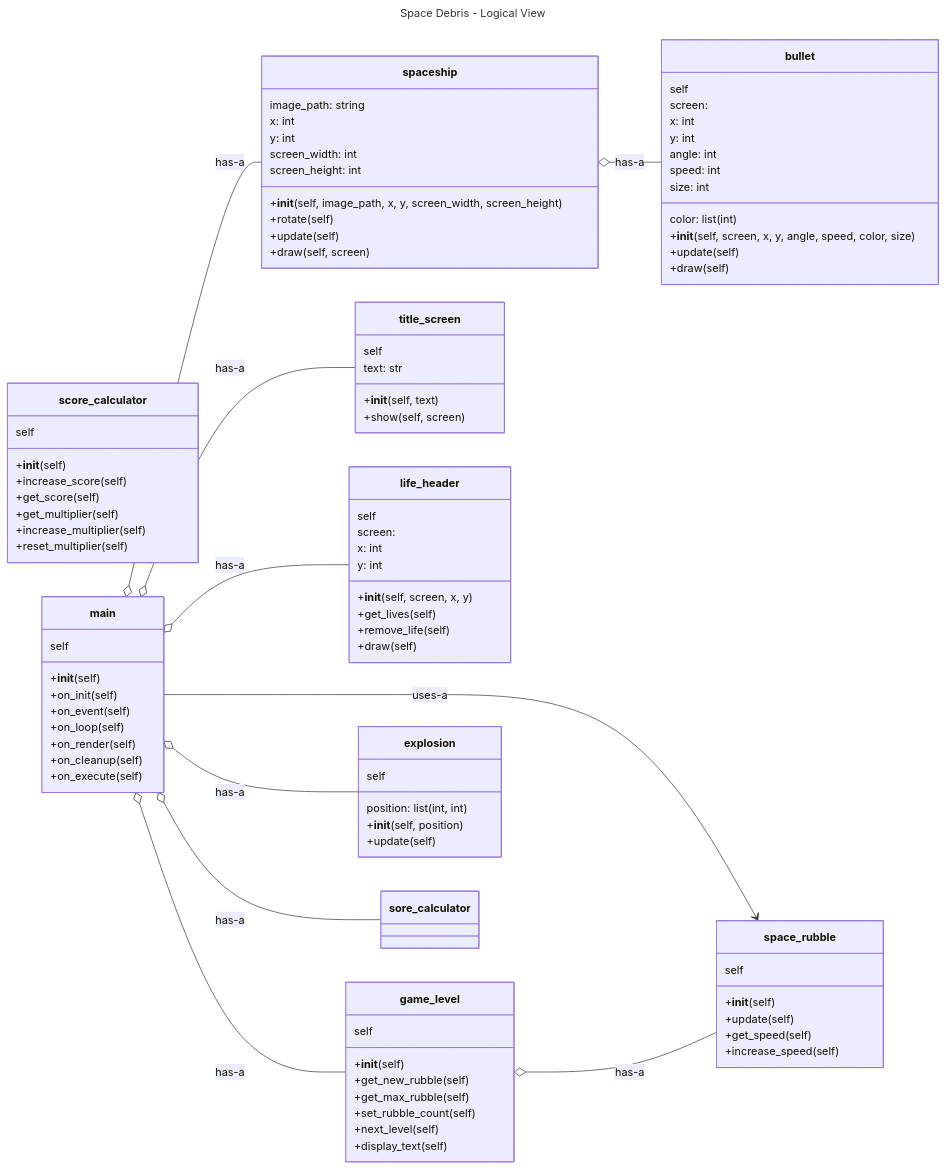
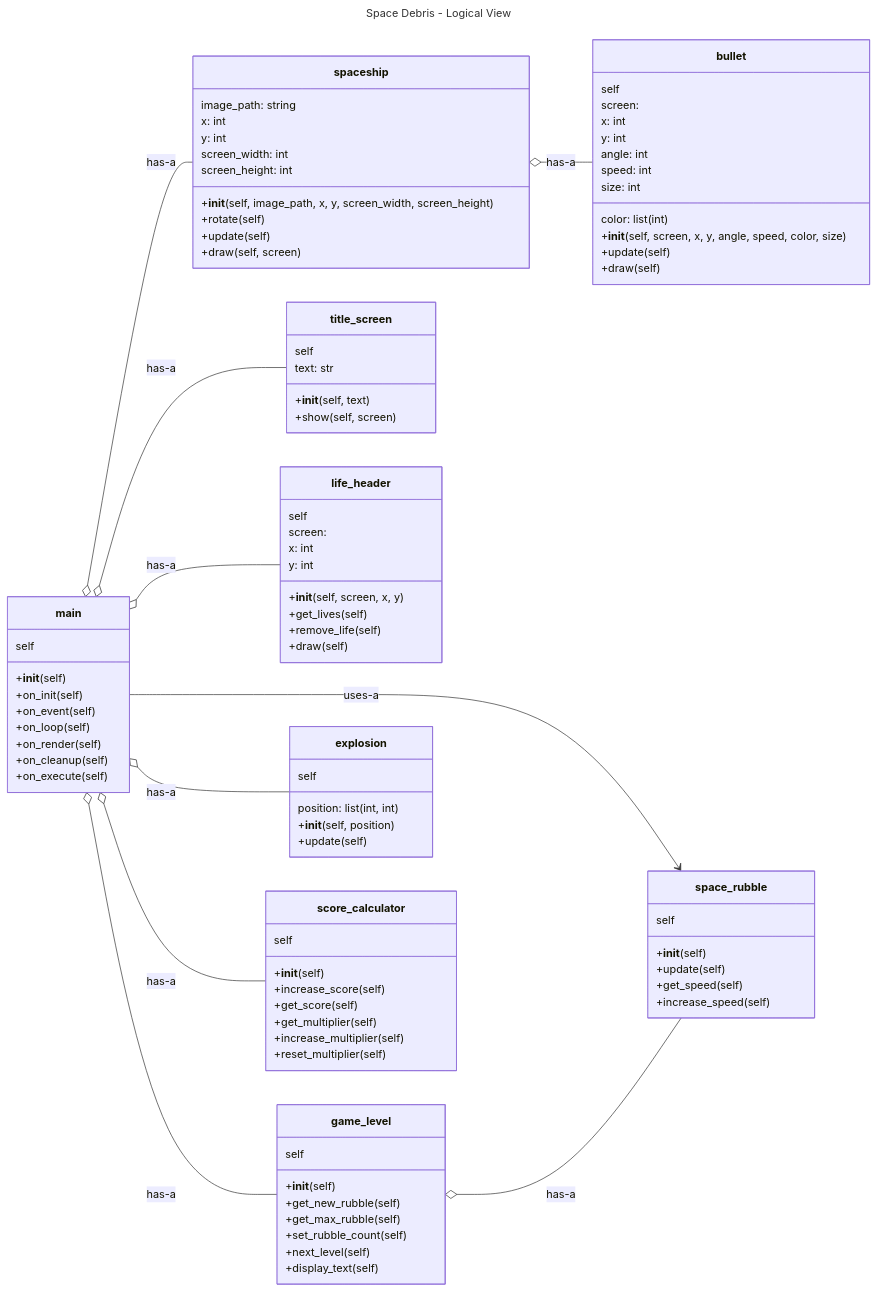
The first of 3 diagrams in README.md (mmehta2669/Final_Project_Group_2), drawn with Mermaid before and after one commit.

````diff
--- a/README.md
+++ b/README.md
@@ -113,7 +113,7 @@
  main o-- life_header: has-a
  main o-- game_level: has-a
  main o-- explosion: has-a
- main o-- sore_calculator: has-a
+ main o-- score_calculator: has-a
  spaceship o-- bullet : has-a
  game_level o-- space_rubble: has-a
 ```
````
